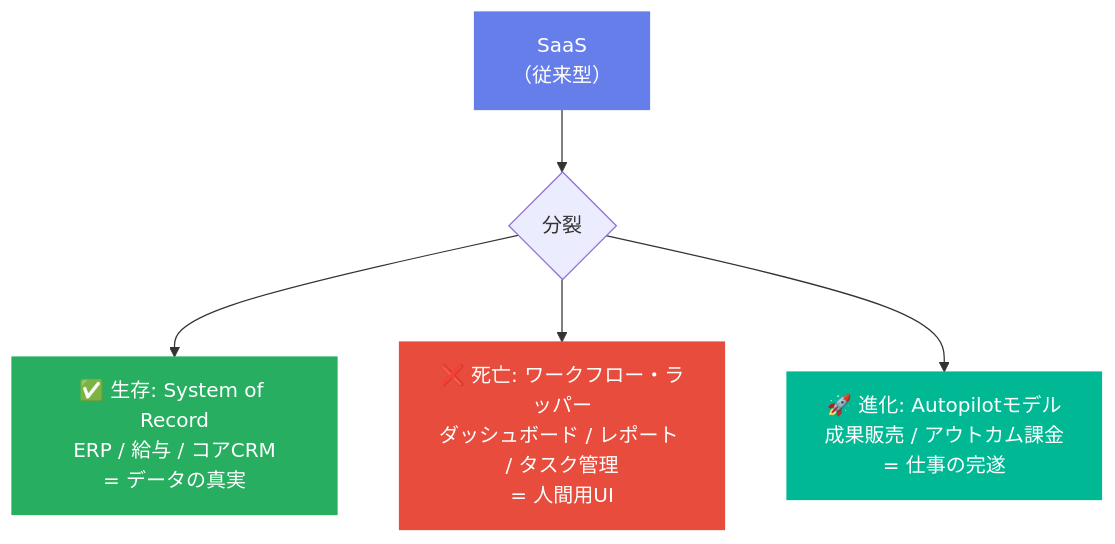
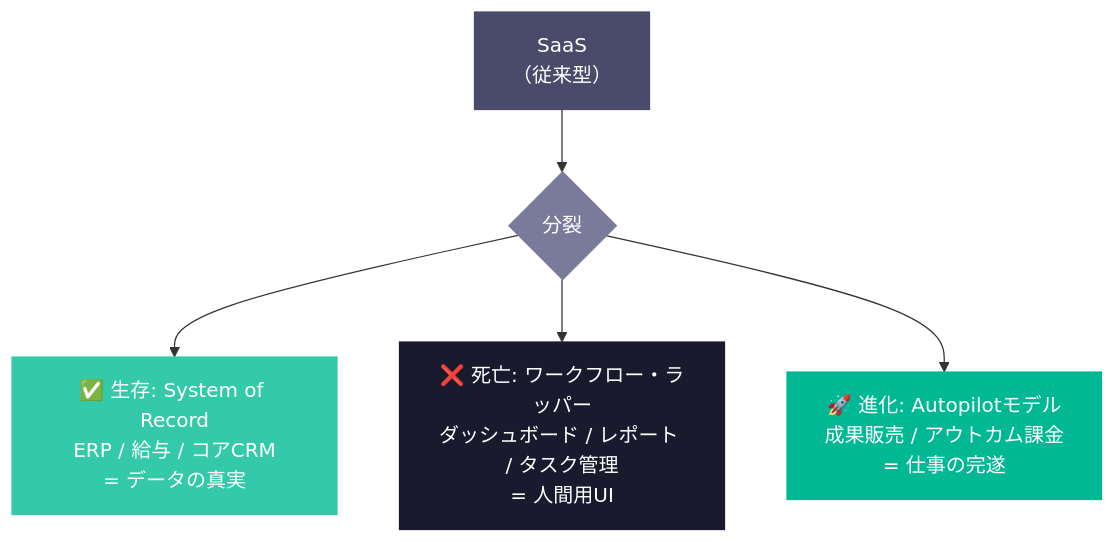
One commit to Leading-AI-IO/saas-is-dead-the-next-ai-business-model changed the fourth of 10 diagrams in docs/jp/saas-is-dead_JP.md. Above: the diagram before and after it, drawn with Mermaid. The commit also changed other lines of this file, not shown here.

````diff
--- a/docs/jp/saas-is-dead_JP.md
+++ b/docs/jp/saas-is-dead_JP.md
@@ -338,12 +347,13 @@
 ```mermaid
 flowchart TD
     A["SaaS\n（従来型）"] --> B{"分裂"}
     B --> C["✅ 生存: System of Record\nERP / 給与 / コアCRM\n= データの真実"]
     B --> D["❌ 死亡: ワークフロー・ラッパー\nダッシュボード / レポート / タスク管理\n= 人間用UI"]
     B --> E["🚀 進化: Autopilotモデル\n成果販売 / アウトカム課金\n= 仕事の完遂"]
 
-    style A fill:#667eea,stroke:#667eea,color:#fff
-    style C fill:#27ae60,stroke:#27ae60,color:#fff
-    style D fill:#e74c3c,stroke:#e74c3c,color:#fff
+    style A fill:#4a4a6a,stroke:#4a4a6a,color:#fff
+    style B fill:#7a7a9a,stroke:#7a7a9a,color:#fff
+    style C fill:#33c9a9,stroke:#33c9a9,color:#fff
+    style D fill:#1a1a2e,stroke:#1a1a2e,color:#fff
     style E fill:#00b894,stroke:#00b894,color:#fff
 ```
````
